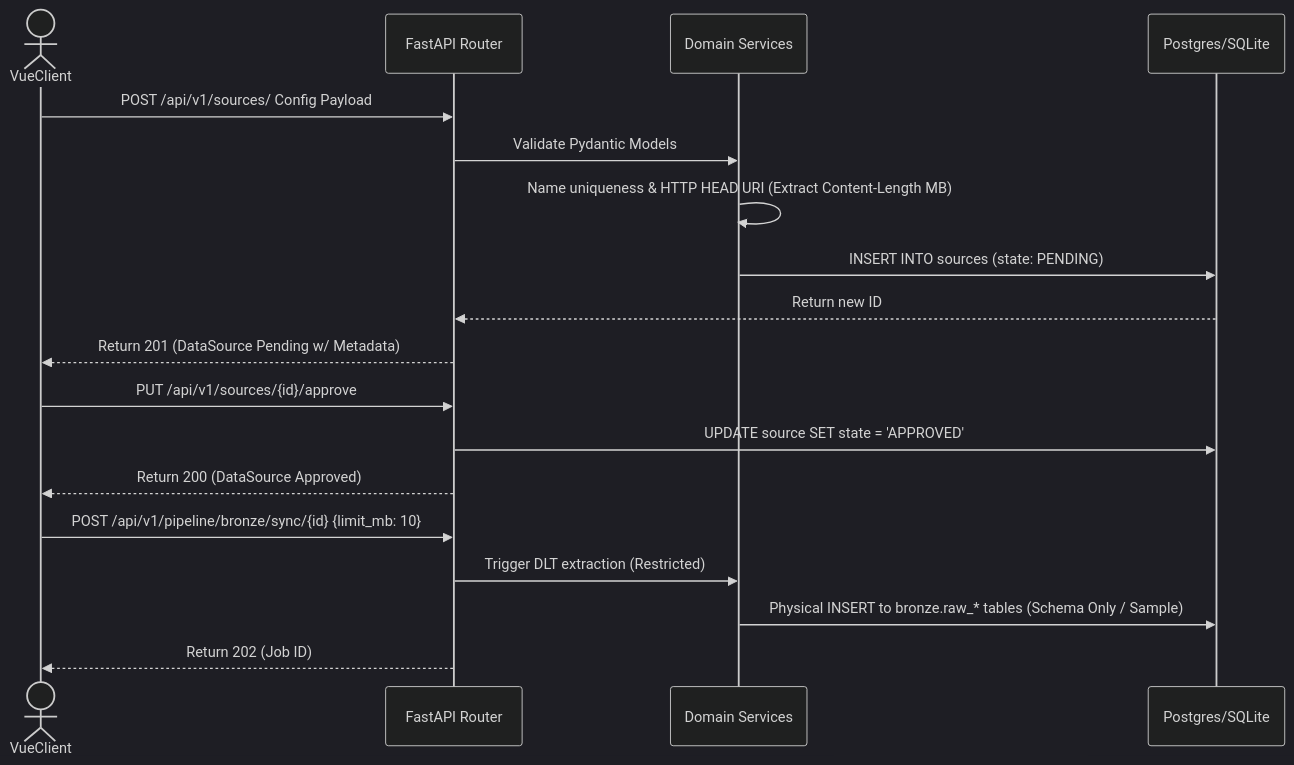
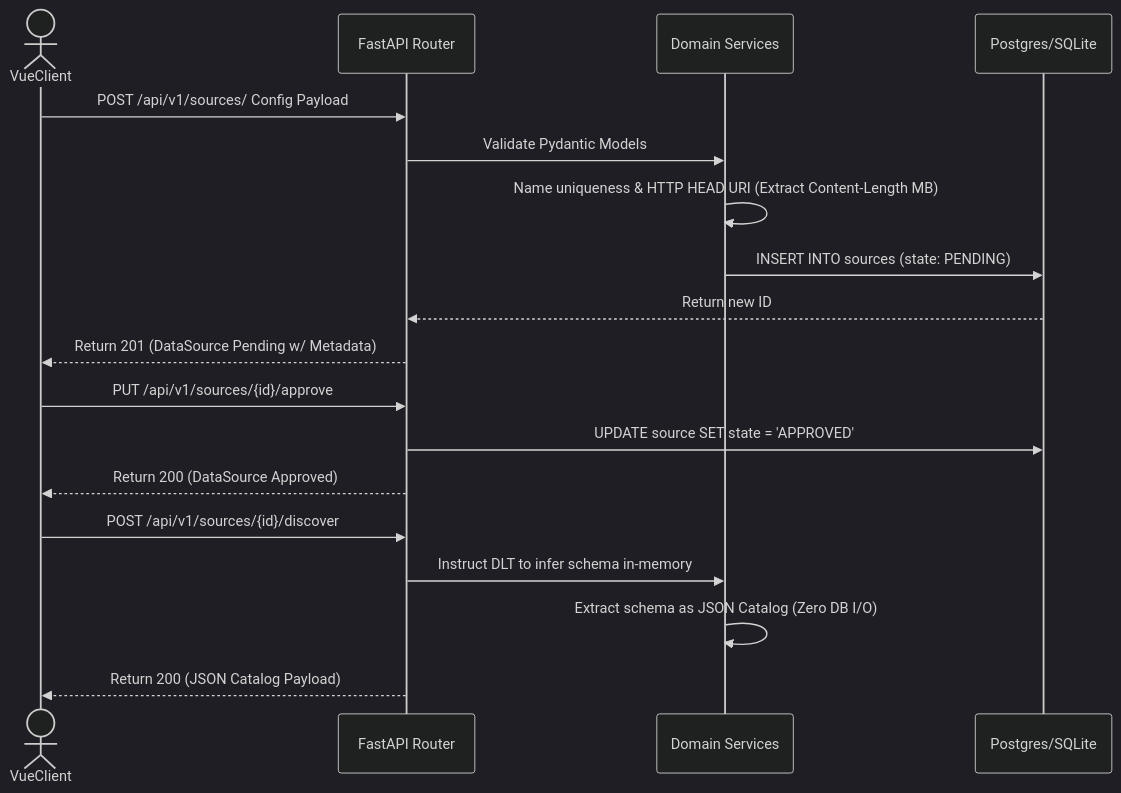
One commit to mnaatjes/elite-etl changed the second of 2 diagrams in docs/explanation/user-flows/register-source.md. Above: the diagram before and after it, drawn with Mermaid (dark theme). The commit also changed other lines of this file, not shown here.

````diff
--- a/docs/explanation/user-flows/register-source.md
+++ b/docs/explanation/user-flows/register-source.md
@@ -36,26 +36,26 @@
 ```mermaid
 sequenceDiagram
     actor VueClient
     participant API as FastAPI Router
     participant Domain as Domain Services
     participant DB as Postgres/SQLite
 
     %% Step 1: Registration with internal validation
     VueClient->>API: POST /api/v1/sources/ Config Payload
     API->>Domain: Validate Pydantic Models
     Domain->>Domain: Name uniqueness & HTTP HEAD URI (Extract Content-Length MB)
     Domain->>DB: INSERT INTO sources (state: PENDING)
     DB-->>API: Return new ID
     API-->>VueClient: Return 201 (DataSource Pending w/ Metadata)
     
     %% Step 2: Approval
     VueClient->>API: PUT /api/v1/sources/{id}/approve
     API->>DB: UPDATE source SET state = 'APPROVED'
     API-->>VueClient: Return 200 (DataSource Approved)
     
-    %% Step 3: Bronze Micro-Sample
-    VueClient->>API: POST /api/v1/pipeline/bronze/sync/{id} {limit_mb: 10}
-    API->>Domain: Trigger DLT extraction (Restricted)
-    Domain->>DB: Physical INSERT to bronze.raw_* tables (Schema Only / Sample)
-    API-->>VueClient: Return 202 (Job ID)
+    %% Step 3: Ephemeral Schema Discovery
+    VueClient->>API: POST /api/v1/sources/{id}/discover
+    API->>Domain: Instruct DLT to infer schema in-memory
+    Domain->>Domain: Extract schema as JSON Catalog (Zero DB I/O)
+    API-->>VueClient: Return 200 (JSON Catalog Payload)
 ```
````
